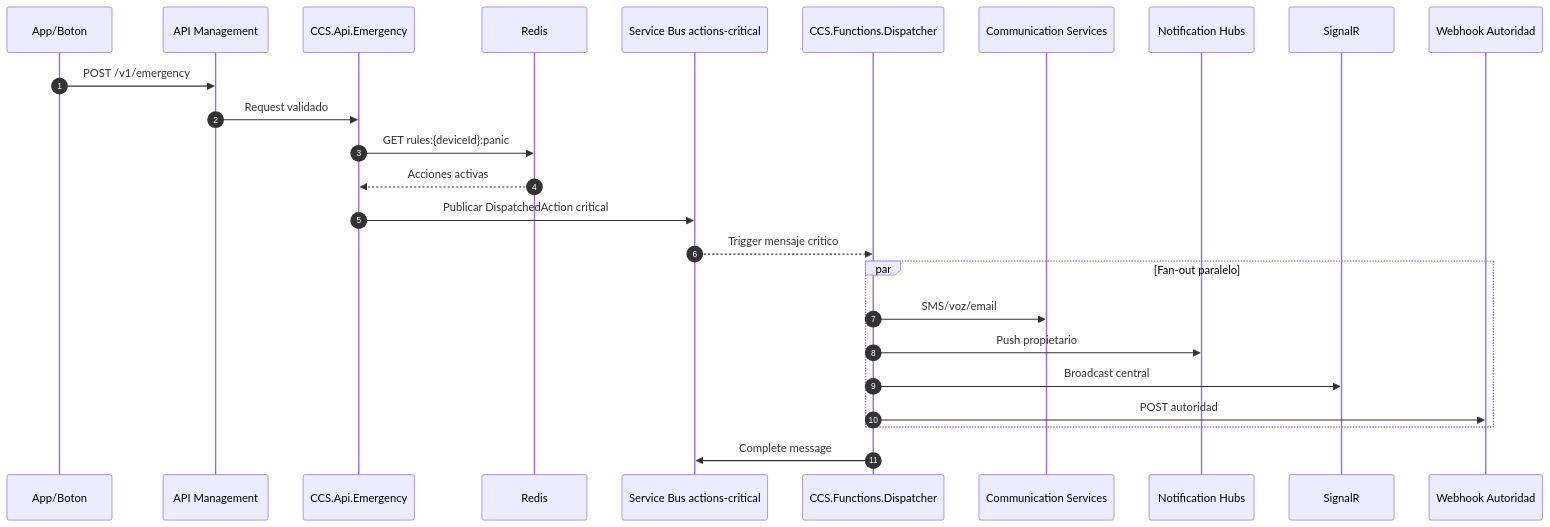
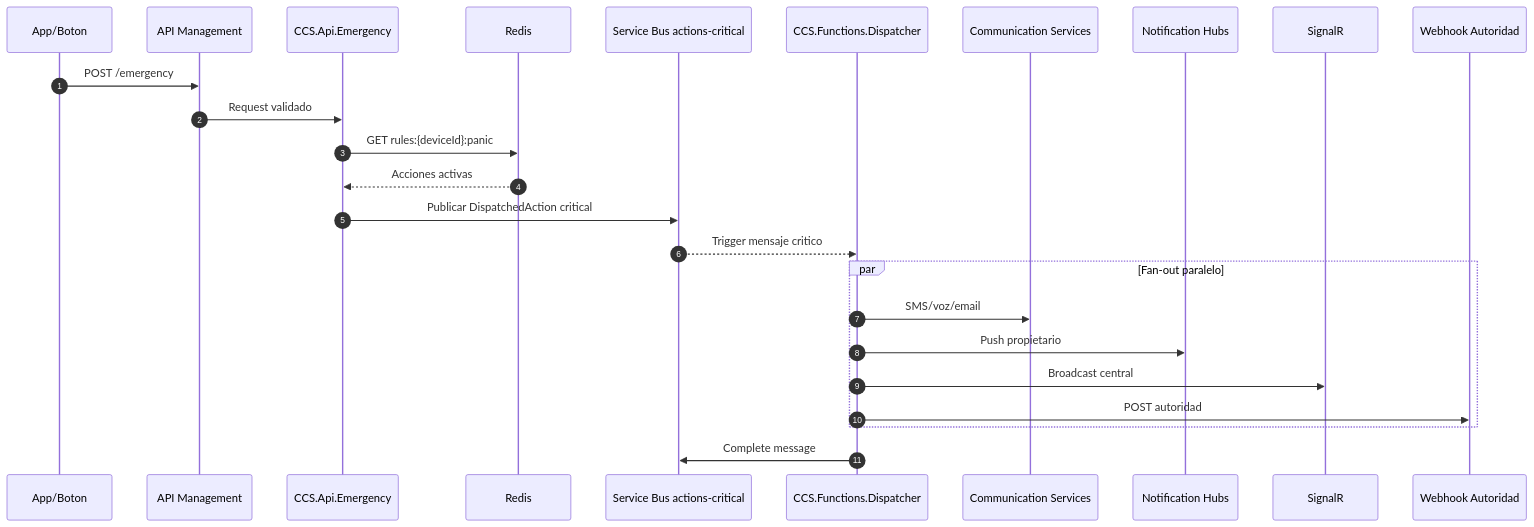
The first of 4 diagrams in docs/sequence-diagrams.md (NicolasTorres11/ccs-central-periferia), drawn with Mermaid before and after one commit. The commit also changed other lines of this file and 2 other files, not shown here.

````diff
--- a/docs/sequence-diagrams.md
+++ b/docs/sequence-diagrams.md
@@ -5,28 +5,28 @@
 ```mermaid
 sequenceDiagram
   autonumber
   participant U as App/Boton
   participant APIM as API Management
   participant E as CCS.Api.Emergency
   participant R as Redis
   participant SB as Service Bus actions-critical
   participant D as CCS.Functions.Dispatcher
   participant ACS as Communication Services
   participant NH as Notification Hubs
   participant SR as SignalR
   participant WH as Webhook Autoridad
 
-  U->>APIM: POST /v1/emergency
+  U->>APIM: POST /emergency
   APIM->>E: Request validado
   E->>R: GET rules:{deviceId}:panic
   R-->>E: Acciones activas
   E->>SB: Publicar DispatchedAction critical
   SB-->>D: Trigger mensaje critico
   par Fan-out paralelo
     D->>ACS: SMS/voz/email
     D->>NH: Push propietario
     D->>SR: Broadcast central
     D->>WH: POST autoridad
   end
   D->>SB: Complete message
 ```
````
